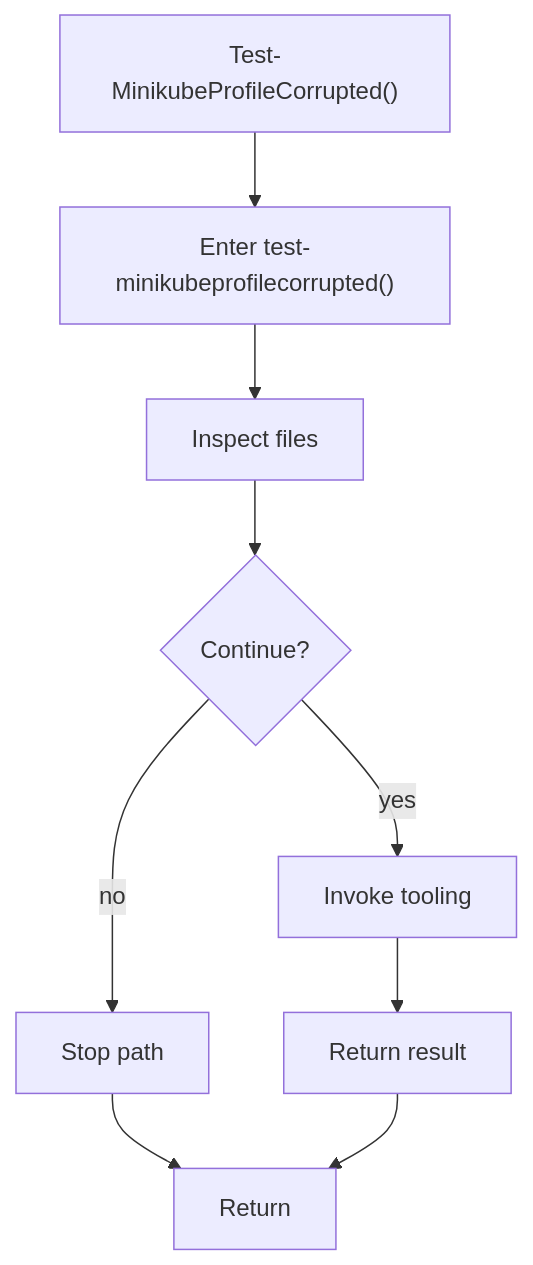
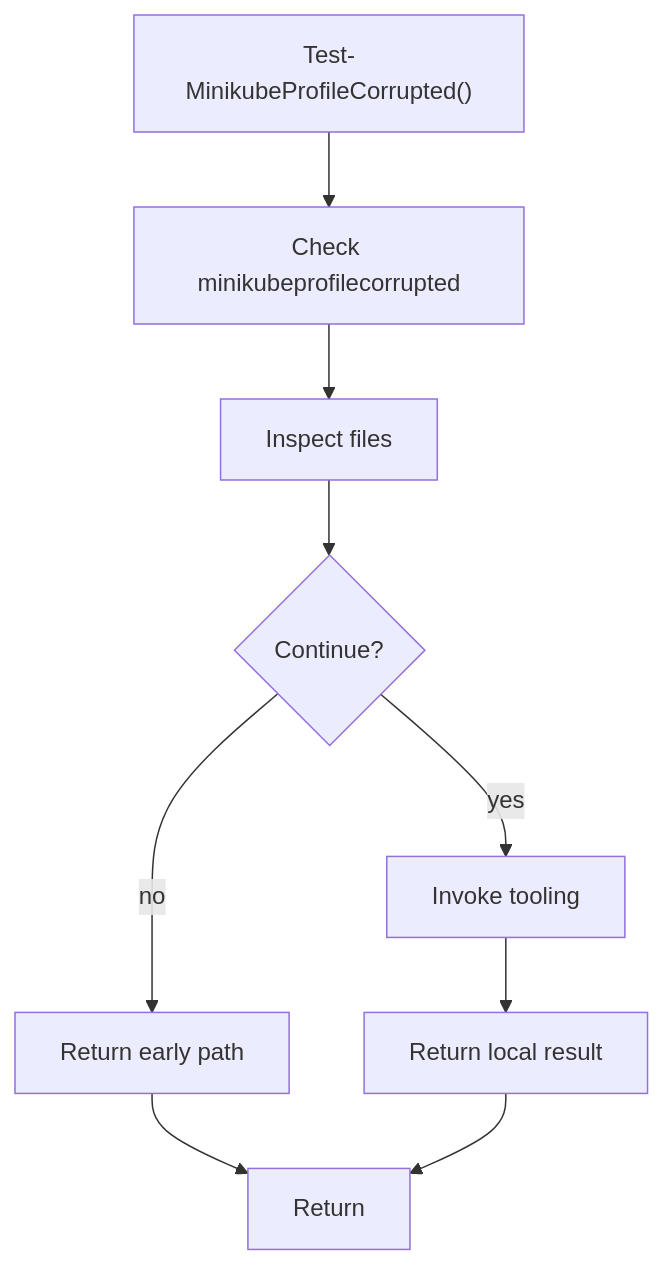
Before and after one commit to JohnAndrewBalbarosa/NeoTerritory: the diagram in docs/Codebase/Infrastructure/session-orchestration/bootstrap_and_deploy/functions/test_minikubeprofilecorrupted.ps1.md, drawn with Mermaid. The commit also changed other lines of this file and 915 other files, not shown here.

````diff
--- a/docs/Codebase/Infrastructure/session-orchestration/bootstrap_and_deploy/functions/test_minikubeprofilecorrupted.ps1.md
+++ b/docs/Codebase/Infrastructure/session-orchestration/bootstrap_and_deploy/functions/test_minikubeprofilecorrupted.ps1.md
@@ -18,19 +18,19 @@
 ```mermaid
 flowchart TD
     Start["Test-MinikubeProfileCorrupted()"]
-    N0["Enter test-minikubeprofilecorrupted()"]
+    N0["Check minikubeprofilecorrupted"]
     N1["Inspect files"]
     D1{"Continue?"}
-    R1["Stop path"]
+    R1["Return early path"]
     N2["Invoke tooling"]
-    N3["Return result"]
+    N3["Return local result"]
     End["Return"]
     Start --> N0
     N0 --> N1
     N1 --> D1
     D1 -->|yes| N2
     D1 -->|no| R1
     R1 --> End
     N2 --> N3
     N3 --> End
 ```
````
